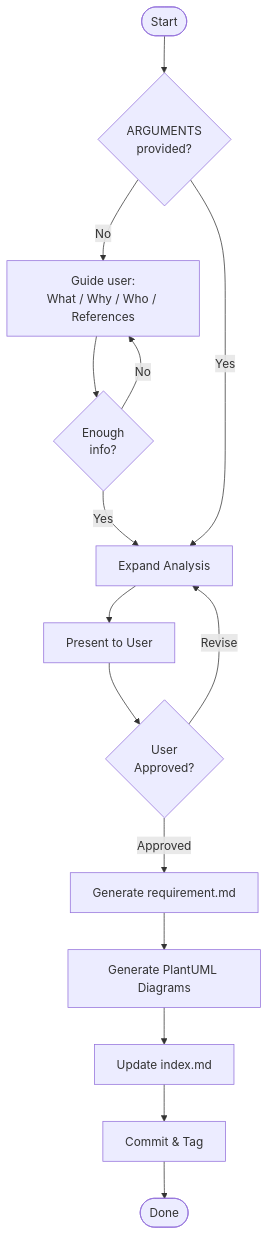
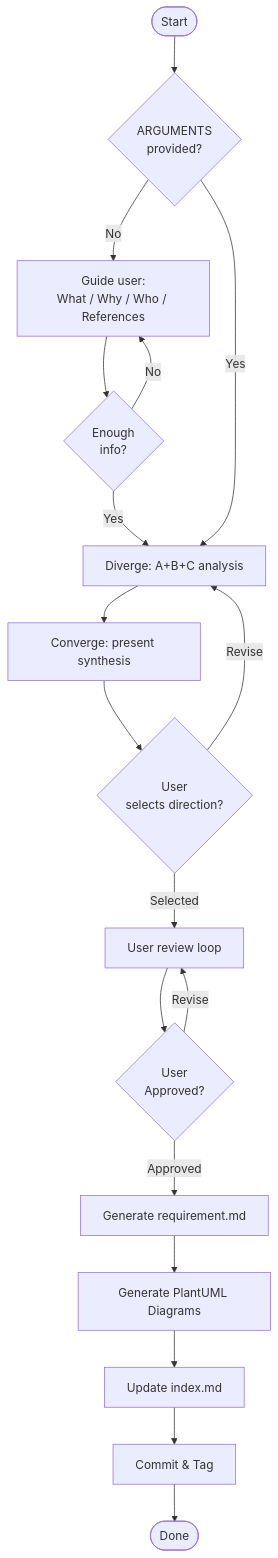
The second of 4 diagrams in req-1-analyze/SKILL.md (GOODDAYDAY/my-skills), drawn with Mermaid before and after one commit. The commit also changed other lines of this file and 3 other files, not shown here.

First line of the commit message:
feat(diverge-converge): introduce pattern + downstream-stage preview

````diff
--- a/req-1-analyze/SKILL.md
+++ b/req-1-analyze/SKILL.md
@@ -25,17 +26,20 @@
 ```mermaid
 flowchart TD
     A([Start]) --> B{ARGUMENTS\nprovided?}
     B -->|No| C[Guide user:\nWhat / Why / Who / References]
     C --> D{Enough\ninfo?}
     D -->|No| C
-    D -->|Yes| E[Expand Analysis]
+    D -->|Yes| E[Diverge: A+B+C analysis]
     B -->|Yes| E
-    E --> F[Present to User]
-    F --> G{User\nApproved?}
+    E --> F[Converge: present synthesis]
+    F --> G{User\nselects direction?}
     G -->|Revise| E
-    G -->|Approved| H[Generate requirement.md]
-    H --> I[Generate PlantUML Diagrams]
-    I --> J[Update index.md]
-    J --> K[Commit & Tag]
-    K --> E2([Done])
+    G -->|Selected| H[User review loop]
+    H --> I{User\nApproved?}
+    I -->|Revise| H
+    I -->|Approved| J[Generate requirement.md]
+    J --> K[Generate PlantUML Diagrams]
+    K --> L[Update index.md]
+    L --> M[Commit & Tag]
+    M --> E2([Done])
 ```
````
